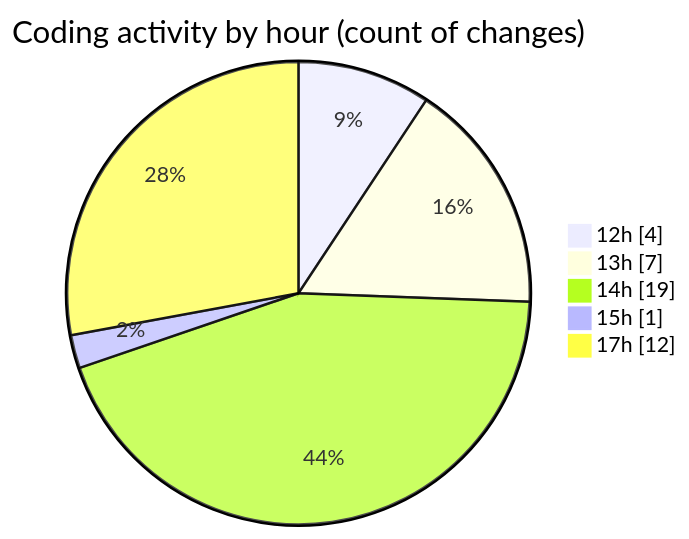
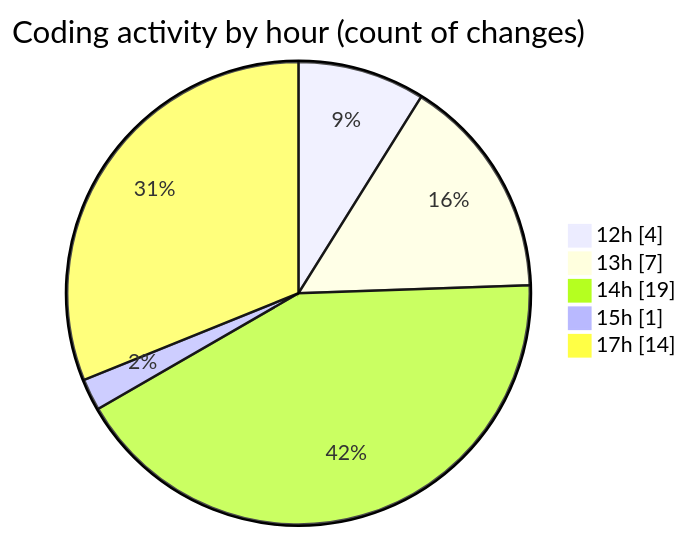
One commit to MatusMokan/code-tracking changed the second of 2 diagrams in 2025-10-25/untitled__workspace_/README.md. Above: the diagram before and after it, drawn with Mermaid. The commit also changed other lines of this file and 1 other file, not shown here.

````diff
--- a/2025-10-25/untitled__workspace_/README.md
+++ b/2025-10-25/untitled__workspace_/README.md
@@ -30,9 +30,9 @@
 ```mermaid
 pie showData
 title Coding activity by hour (count of changes)
 "12h" : 4
 "13h" : 7
 "14h" : 19
 "15h" : 1
-"17h" : 12
+"17h" : 14
 ```
````
